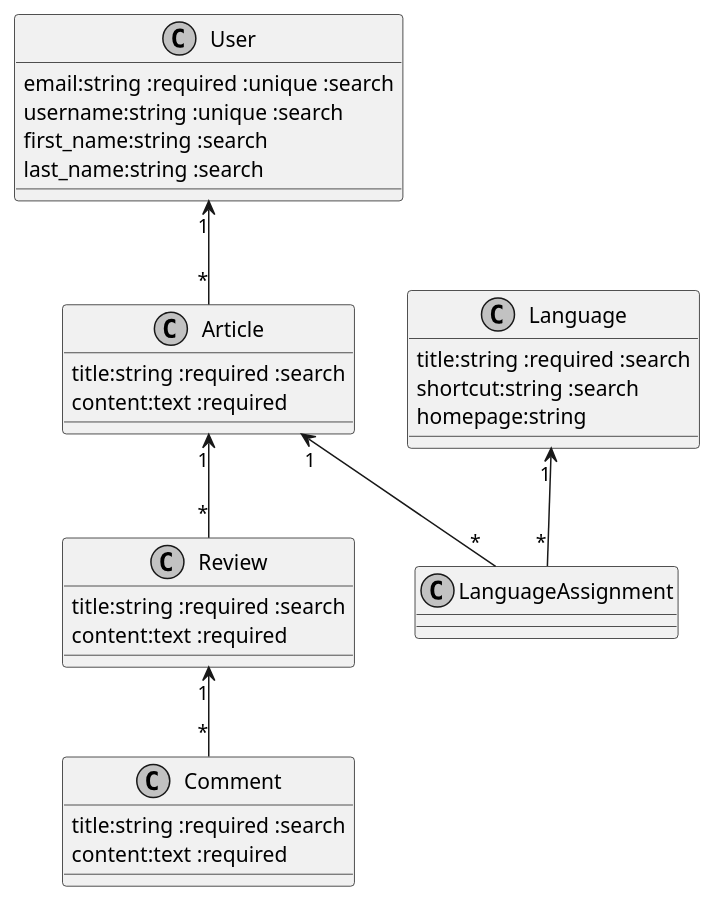
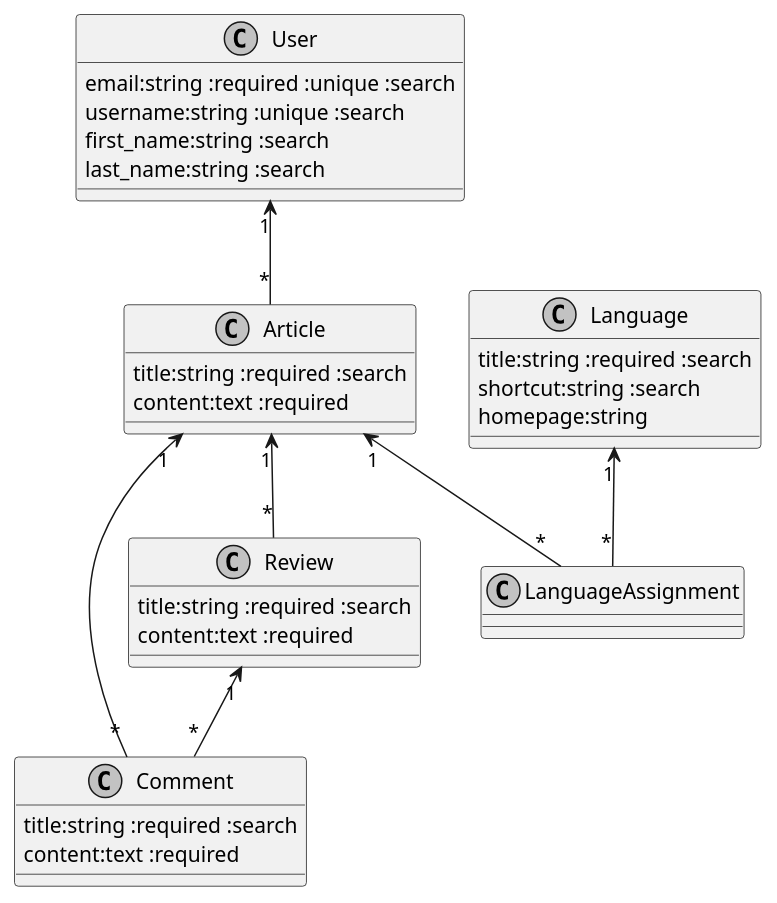
Before and after one commit to jrcech/blogger: the diagram in docs/model.md, drawn with PlantUML. The commit also changed 3 other files, not shown here.

````diff
--- a/docs/model.md
+++ b/docs/model.md
@@ -26,44 +26,45 @@
 ```plantuml
 @startuml
 
 skinparam monochrome true
 skinparam shadowing false
 
 class User {
   email:string :required :unique :search
   username:string :unique :search
   first_name:string :search
   last_name:string :search
 }
 
 class Article {
   title:string :required :search
   content:text :required
 }
 
 class Language {
   title:string :required :search
   shortcut:string :search
   homepage:string
 }
 
 class Comment {
   title:string :required :search
   content:text :required
 }
 
 class Review {
   title:string :required :search
   content:text :required
 }
 
 User "1" <-- "*" Article
 
 Article "1" <-- "*" Review
+Article "1" <-- "*" Comment
 Review "1" <-- "*" Comment
 
 Article "1" <-- "*" LanguageAssignment
 Language "1" <-- "*" LanguageAssignment
 
 @enduml
 ```
````
